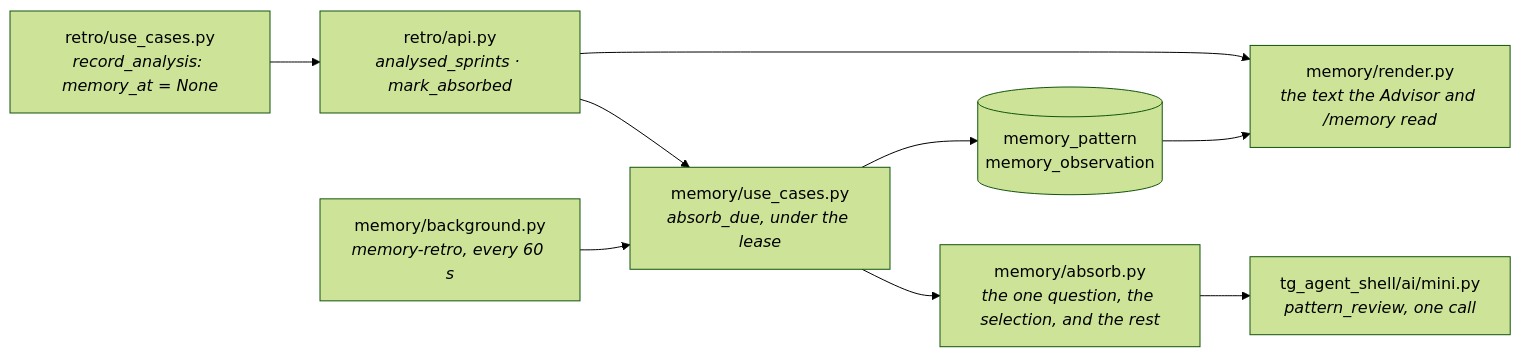
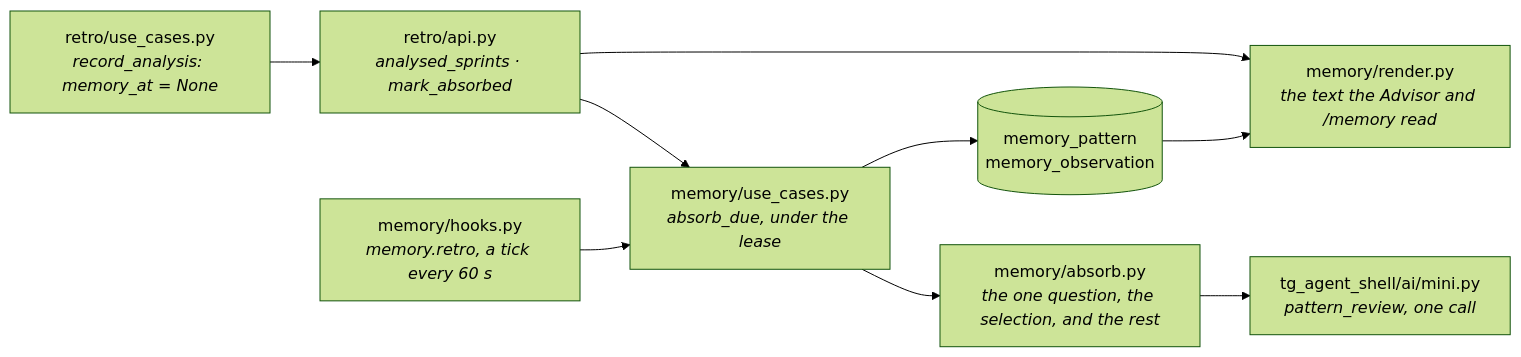
The third of 4 diagrams in docs/SPRINT_ANALYSE_TO_RETRO_AND_MEM.md (myvaheed/tg-ai-safwa), drawn with Mermaid (forest theme) before and after one commit. The commit also changed other lines of this file and 44 other files, not shown here.

````diff
--- a/docs/SPRINT_ANALYSE_TO_RETRO_AND_MEM.md
+++ b/docs/SPRINT_ANALYSE_TO_RETRO_AND_MEM.md
@@ -188,16 +188,16 @@
 ```mermaid
 flowchart LR
     UC["retro/use_cases.py<br/><i>record_analysis: memory_at = None</i>"]
     API["retro/api.py<br/><i>analysed_sprints · mark_absorbed</i>"]
-    BG["memory/background.py<br/><i>memory-retro, every 60 s</i>"]
+    BG["memory/hooks.py<br/><i>memory.retro, a tick every 60 s</i>"]
     MU["memory/use_cases.py<br/><i>absorb_due, under the lease</i>"]
     AB["memory/absorb.py<br/><i>the one question, the selection, and the rest</i>"]
     MI["tg_agent_shell/ai/mini.py<br/><i>pattern_review, one call</i>"]
     DB[("memory_pattern<br/>memory_observation")]
     RD["memory/render.py<br/><i>the text the Advisor and /memory read</i>"]
     UC --> API --> MU
     BG --> MU --> AB --> MI
     MU --> DB
     DB --> RD
     API --> RD
 ```
````
